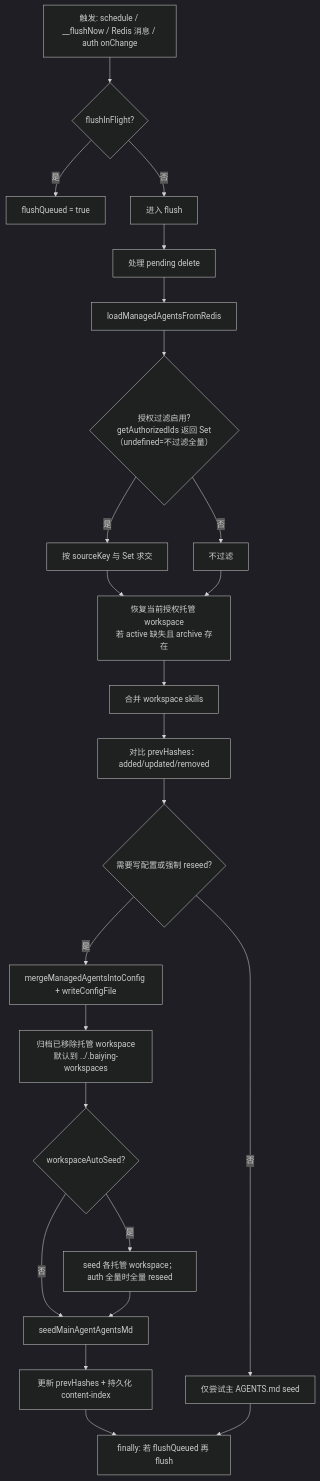
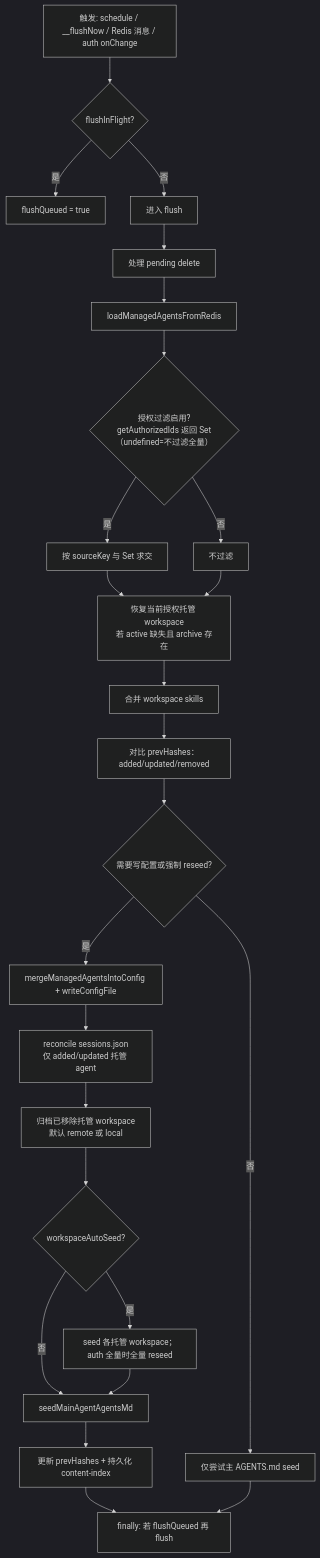
The third of 6 diagrams in byclaw-exe/extensions/baiying-enhance/docs/PLUGIN_OVERVIEW.zh-CN.md (beyonai/ByClaw), drawn with Mermaid (dark theme) before and after one commit. The commit also changed other lines of this file and 23 other files, not shown here.

Commit message:
feat(baiying-enhance、byai-channel): hot switch managed agent models

````diff
--- a/byclaw-exe/extensions/baiying-enhance/docs/PLUGIN_OVERVIEW.zh-CN.md
+++ b/byclaw-exe/extensions/baiying-enhance/docs/PLUGIN_OVERVIEW.zh-CN.md
@@ -130,27 +137,28 @@
 ```mermaid
 flowchart TD
   T["触发: schedule / __flushNow / Redis 消息 / auth onChange"]
   T --> L{flushInFlight?}
   L -->|是| Q[flushQueued = true]
   L -->|否| F[进入 flush]
   F --> D[处理 pending delete]
   D --> R[loadManagedAgentsFromRedis]
   R --> A{授权过滤启用?\ngetAuthorizedIds 返回 Set\n（undefined=不过滤全量）}
   A -->|是| F2[按 sourceKey 与 Set 求交]
   A -->|否| F3[不过滤]
   F2 --> RESTORE[恢复当前授权托管 workspace\n若 active 缺失且 archive 存在]
   F3 --> RESTORE
   RESTORE --> SKILL[合并 workspace skills]
   SKILL --> DIFF[对比 prevHashes：added/updated/removed]
   DIFF --> C{需要写配置或强制 reseed?}
   C -->|否| M[仅尝试主 AGENTS.md seed]
   C -->|是| W[mergeManagedAgentsIntoConfig + writeConfigFile]
-  W --> AR[归档已移除托管 workspace\n默认到 ../.baiying-workspaces]
+  W --> SR[reconcile sessions.json\n仅 added/updated 托管 agent]
+  SR --> AR[归档已移除托管 workspace\n默认 remote 或 local]
   AR --> S{workspaceAutoSeed?}
   S -->|是| SEED[seed 各托管 workspace；auth 全量时全量 reseed]
   S -->|否| M2[seedMainAgentAgentsMd]
   SEED --> M2
   M2 --> H[更新 prevHashes + 持久化 content-index]
   H --> FIN[finally: 若 flushQueued 再 flush]
   M --> FIN
 ```
````
